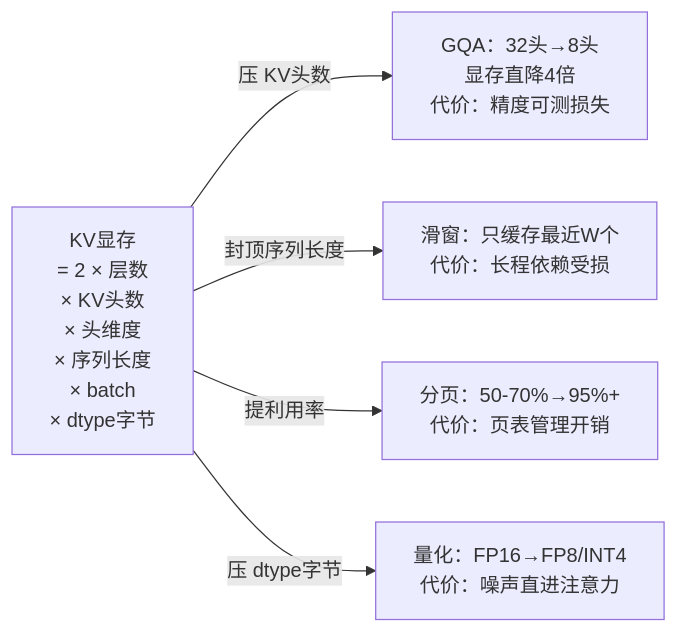
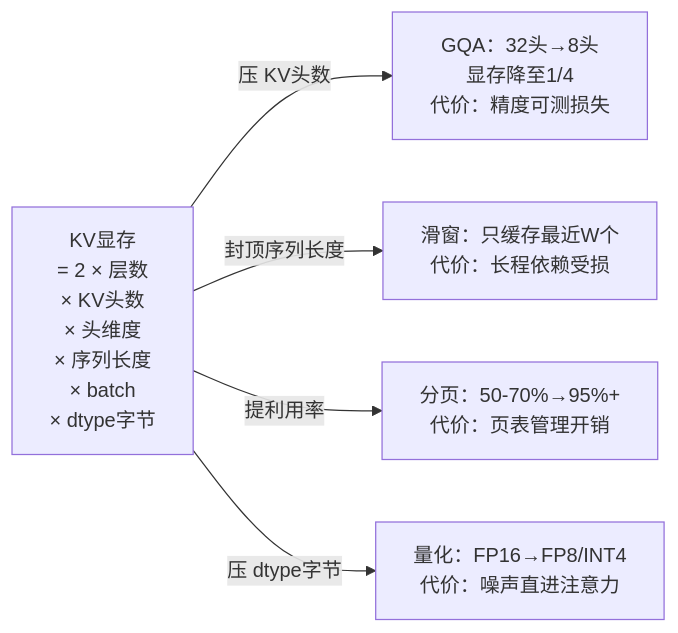
The third of 3 diagrams in vault/工程知识/AI 系统工程：从模型能力到生产能力/模型与上下文/KV缓存与上下文长度的显存账：为什么长上下文贵.md (hub138/technical-knowledge), drawn with Mermaid before and after one commit. The commit also changed other lines of this file and 622 other files, not shown here.

````diff
--- a/vault/工程知识/AI 系统工程：从模型能力到生产能力/模型与上下文/KV缓存与上下文长度的显存账：为什么长上下文贵.md
+++ b/vault/工程知识/AI 系统工程：从模型能力到生产能力/模型与上下文/KV缓存与上下文长度的显存账：为什么长上下文贵.md
@@ -60,7 +121,7 @@
 ```mermaid
 graph LR
-    F["KV显存<br/>= 2 × 层数<br/>× KV头数<br/>× 头维度<br/>× 序列长度<br/>× batch<br/>× dtype字节"] -->|"压 KV头数"| A["GQA：32头→8头<br/>显存直降4倍<br/>代价：精度可测损失"]
+    F["KV显存<br/>= 2 × 层数<br/>× KV头数<br/>× 头维度<br/>× 序列长度<br/>× batch<br/>× dtype字节"] -->|"压 KV头数"| A["GQA：32头→8头<br/>显存降至1/4<br/>代价：精度可测损失"]
     F -->|"封顶序列长度"| B["滑窗：只缓存最近W个<br/>代价：长程依赖受损"]
     F -->|"提利用率"| C["分页：50-70%→95%+<br/>代价：页表管理开销"]
     F -->|"压 dtype字节"| D["量化：FP16→FP8/INT4<br/>代价：噪声直进注意力"]
 ```
````
